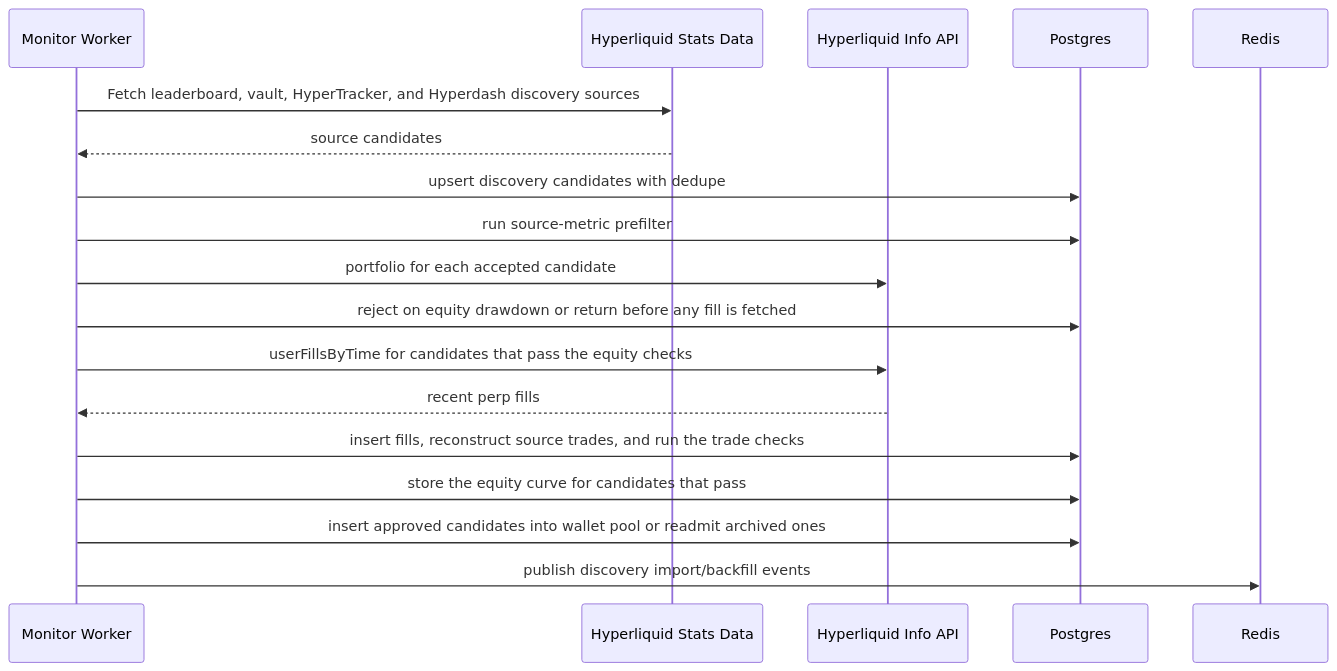
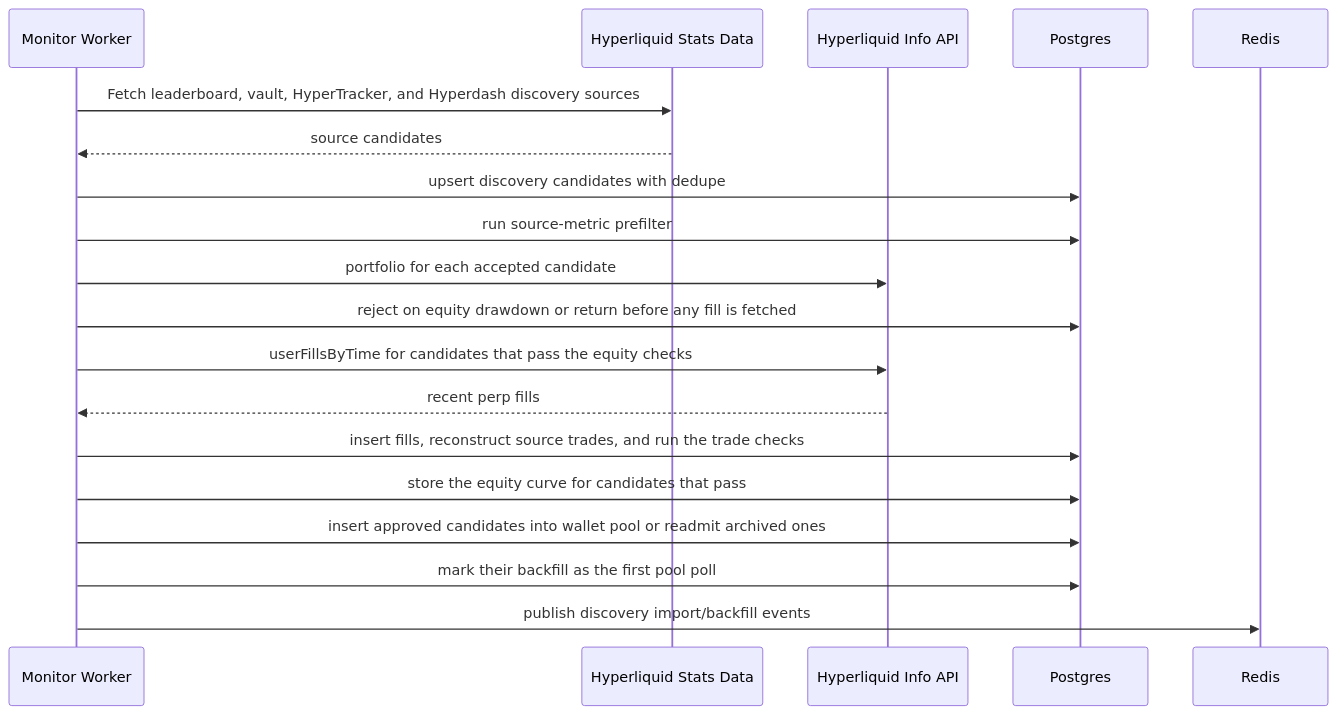
The eighth of 10 diagrams in docs/architecture.md (DrottPoker/copytrading-agent), drawn with Mermaid before and after one commit. The commit also changed other lines of this file and 18 other files, not shown here.

````diff
--- a/docs/architecture.md
+++ b/docs/architecture.md
@@ -957,21 +971,22 @@
 ```mermaid
 sequenceDiagram
   participant Worker as Monitor Worker
   participant Stats as Hyperliquid Stats Data
   participant HL as Hyperliquid Info API
   participant DB as Postgres
   participant Redis as Redis
 
   Worker->>Stats: Fetch leaderboard, vault, HyperTracker, and Hyperdash discovery sources
   Stats-->>Worker: source candidates
   Worker->>DB: upsert discovery candidates with dedupe
   Worker->>DB: run source-metric prefilter
   Worker->>HL: portfolio for each accepted candidate
   Worker->>DB: reject on equity drawdown or return before any fill is fetched
   Worker->>HL: userFillsByTime for candidates that pass the equity checks
   HL-->>Worker: recent perp fills
   Worker->>DB: insert fills, reconstruct source trades, and run the trade checks
   Worker->>DB: store the equity curve for candidates that pass
   Worker->>DB: insert approved candidates into wallet pool or readmit archived ones
+  Worker->>DB: mark their backfill as the first pool poll
   Worker->>Redis: publish discovery import/backfill events
 ```
````
